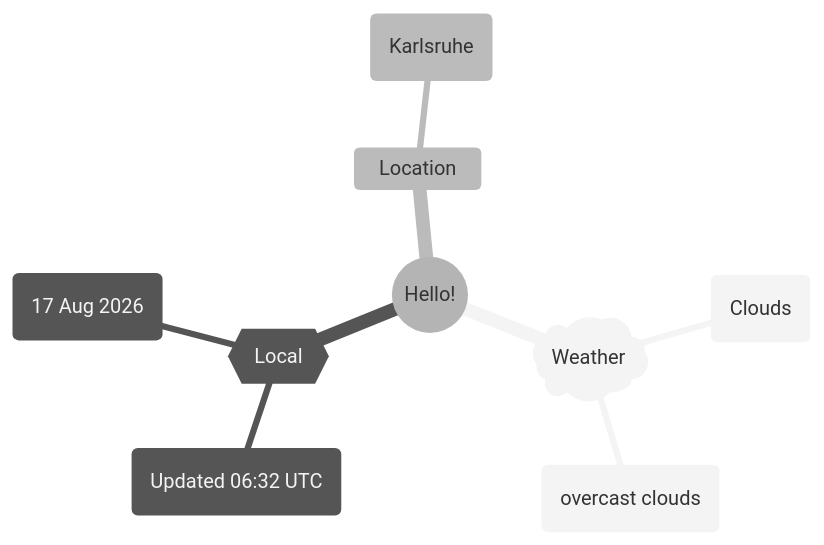
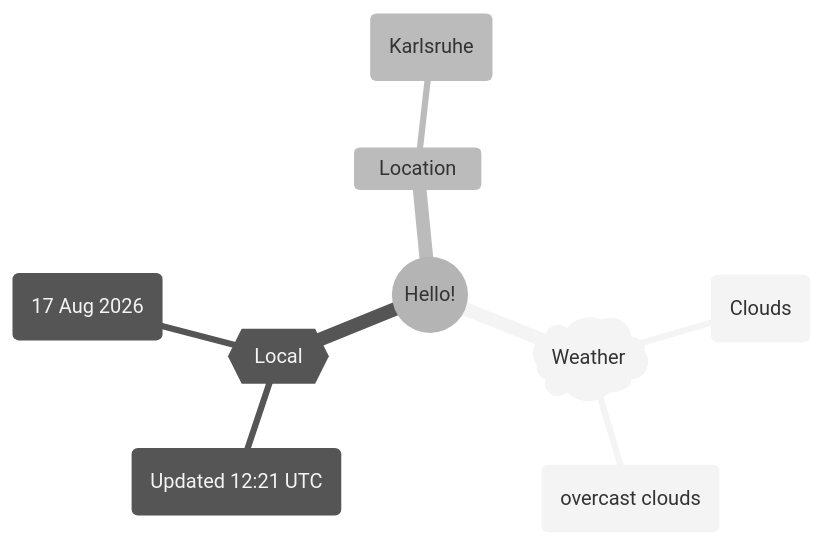
The first of 2 diagrams in README.md (Xosrov/Xosrov), drawn with Mermaid (neutral theme) before and after one commit.

Commit message:
[bot] updated images

````diff
--- a/README.md
+++ b/README.md
@@ -3,12 +3,12 @@
 ```mermaid
 mindmap
   root((Hello!))
     )Weather(
         (Clouds)
         (overcast clouds)
     {{Local}}
-        (Updated 06:32 UTC)
+        (Updated 12:21 UTC)
         (17 Aug 2026)
     Location
         (Karlsruhe)
 ```
````
